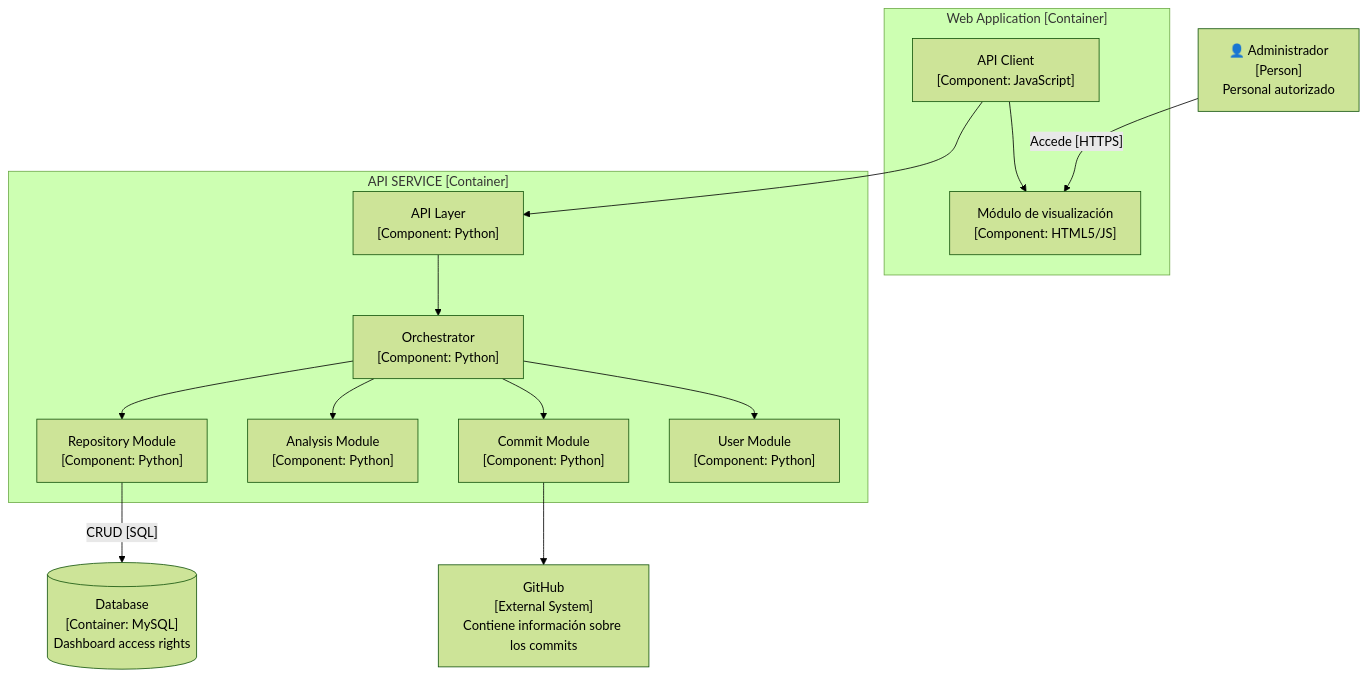
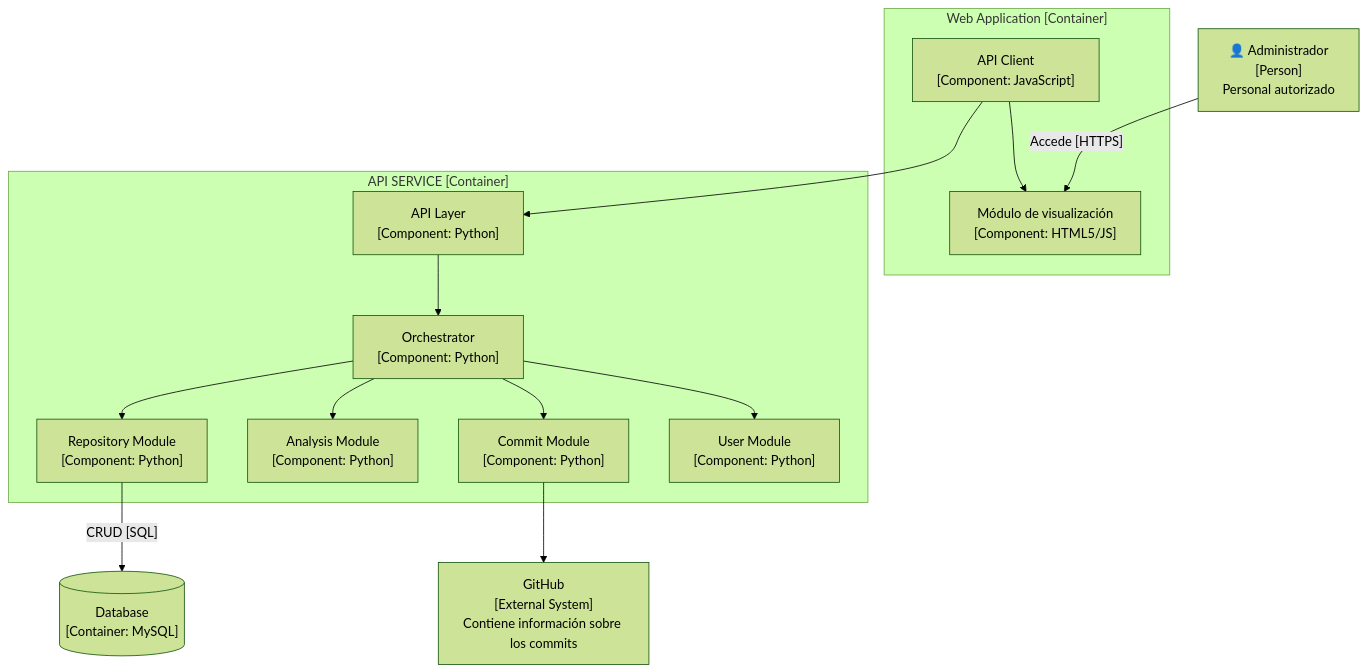
One commit to PangoAguirre/CommitLens changed the third of 3 diagrams in docs/01-arquitectura.md. Above: the diagram before and after it, drawn with Mermaid (forest theme).

Commit message:
docs: corregí detalle del mermeid nivel 3

````diff
--- a/docs/01-arquitectura.md
+++ b/docs/01-arquitectura.md
@@ -36,31 +36,31 @@
 ```mermaid
 flowchart TB
     admin["👤 Administrador<br/>[Person]<br/>Personal autorizado"]
     github["GitHub<br/>[External System]<br/>Contiene información sobre los commits"]
-    db[("Database<br/>[Container: MySQL]<br/>Dashboard access rights")]
+    db[("Database<br/>[Container: MySQL]<br/>")]
 
     subgraph webapp["Web Application [Container]"]
         viz["Módulo de visualización<br/>[Component: HTML5/JS]"]
         apiclient["API Client<br/>[Component: JavaScript]"]
     end
 
     subgraph apiservice["API SERVICE [Container]"]
         apilayer["API Layer<br/>[Component: Python]"]
         orchestrator["Orchestrator<br/>[Component: Python]"]
         commit["Commit Module<br/>[Component: Python]"]
         analysis["Analysis Module<br/>[Component: Python]"]
         repo["Repository Module<br/>[Component: Python]"]
         user["User Module<br/>[Component: Python]"]
     end
 
     admin -->|"Accede [HTTPS]"| viz
     apiclient -->|" "| viz
     apiclient -->|" "| apilayer
     apilayer -->|" "| orchestrator
     orchestrator -->|" "| repo
     orchestrator -->|" "| commit
     orchestrator -->|" "| user
     orchestrator -->|" "| analysis
     commit -->|" "| github
     repo -->|"CRUD [SQL]"| db
 ```
````
